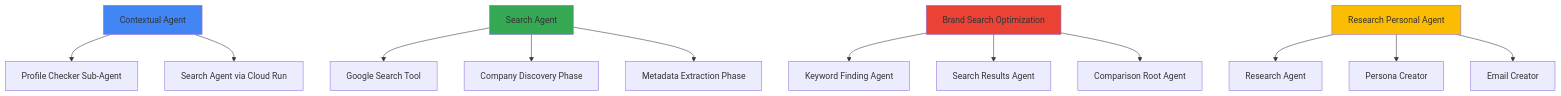
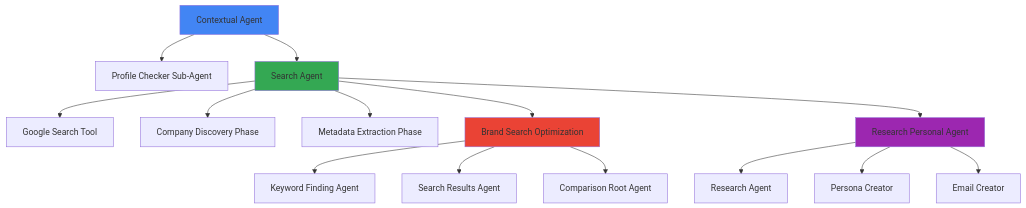
The diagram in README.md (yllkryeziu/LeadConvert), drawn with Mermaid before and after one commit.

Commit message:
adjust readme

````diff
--- a/README.md
+++ b/README.md
@@ -13,22 +13,24 @@
 ```mermaid
 graph TD
     A[Contextual Agent] --> B[Profile Checker Sub-Agent]
-    A --> C[Search Agent via Cloud Run]
+    A --> D[Search Agent via Cloud Run]
     
     D[Search Agent] --> E[Google Search Tool]
     D --> F[Company Discovery Phase]
     D --> G[Metadata Extraction Phase]
+    D --> H[Brand Search Optimization]
     
     H[Brand Search Optimization] --> I[Keyword Finding Agent]
     H --> J[Search Results Agent]
     H --> K[Comparison Root Agent]
     
-    Q[Research Personal Agent] --> R[Research Agent]
+    D --> Q[Research Personal Agent]
+    Q --> R[Research Agent]
     Q --> S[Persona Creator]
     Q --> T[Email Creator]
     
     style A fill:#4285f4
     style D fill:#34a853
     style H fill:#ea4335
-    style Q fill:#fbbc04
+    style Q fill:#9c27b0
 ```
````
